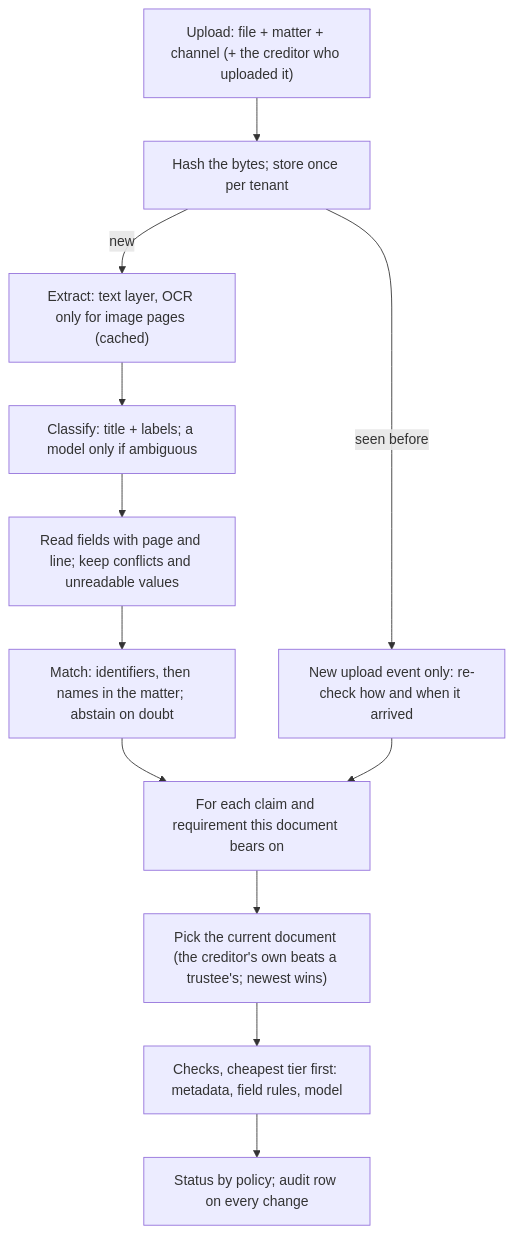
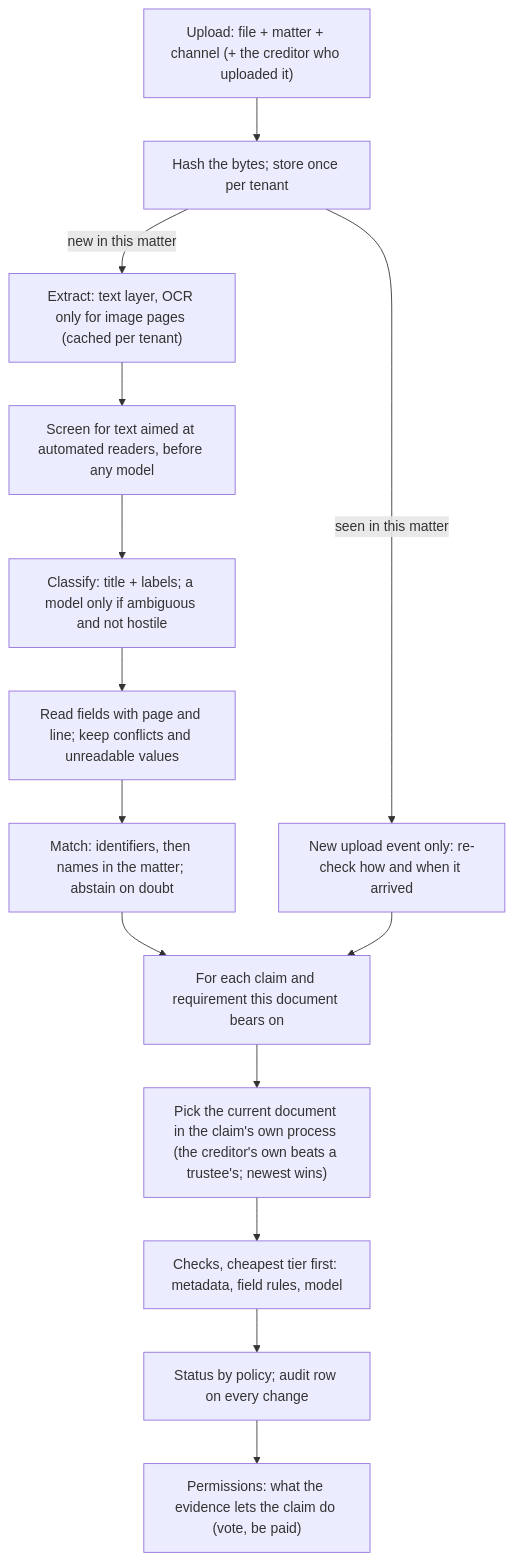
One commit to gandhiashutosh14/testamur changed the first of 3 diagrams in docs/architecture.md. Above: the diagram before and after it, drawn with Mermaid. The commit also changed other lines of this file and 23 other files, not shown here.

````diff
--- a/docs/architecture.md
+++ b/docs/architecture.md
@@ -27,14 +29,16 @@
 ```mermaid
 flowchart TD
     U["Upload: file + matter + channel (+ the creditor who uploaded it)"] --> H["Hash the bytes; store once per tenant"]
-    H -->|seen before| R["New upload event only: re-check how and when it arrived"]
-    H -->|new| X["Extract: text layer, OCR only for image pages (cached)"]
-    X --> C["Classify: title + labels; a model only if ambiguous"]
+    H -->|seen in this matter| R["New upload event only: re-check how and when it arrived"]
+    H -->|new in this matter| X["Extract: text layer, OCR only for image pages (cached per tenant)"]
+    X --> Z["Screen for text aimed at automated readers, before any model"]
+    Z --> C["Classify: title + labels; a model only if ambiguous and not hostile"]
     C --> F["Read fields with page and line; keep conflicts and unreadable values"]
     F --> M["Match: identifiers, then names in the matter; abstain on doubt"]
     M --> K["For each claim and requirement this document bears on"]
     R --> K
-    K --> D["Pick the current document (the creditor's own beats a trustee's; newest wins)"]
+    K --> D["Pick the current document in the claim's own process (the creditor's own beats a trustee's; newest wins)"]
     D --> V["Checks, cheapest tier first: metadata, field rules, model"]
     V --> S["Status by policy; audit row on every change"]
+    S --> P["Permissions: what the evidence lets the claim do (vote, be paid)"]
 ```
````
